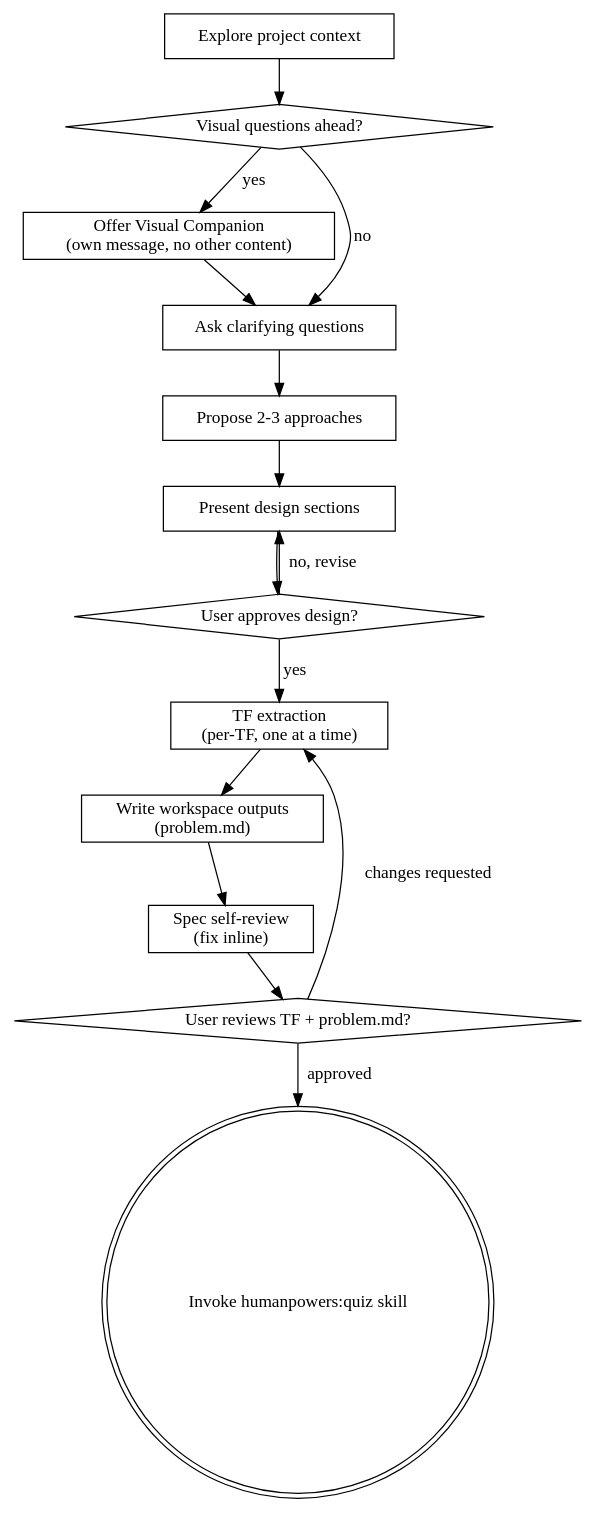
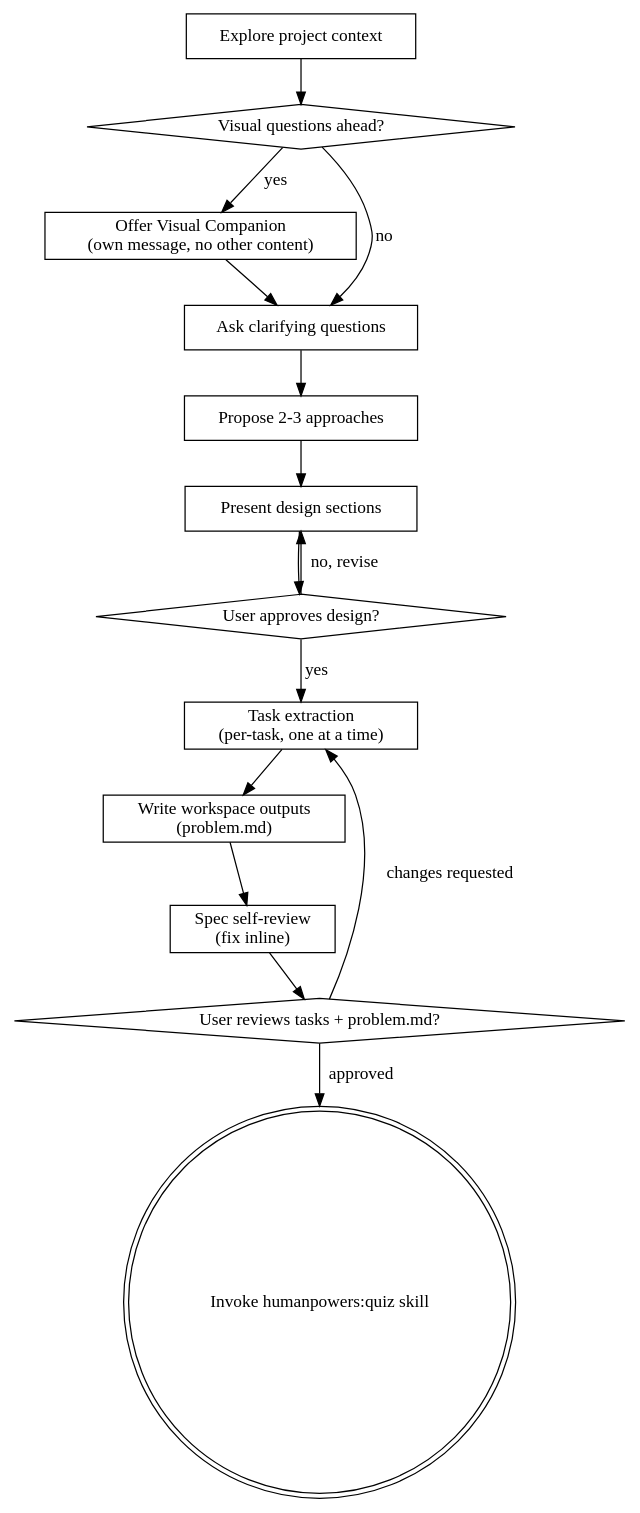
Before and after one commit to yoonjong12/humanpowers: the diagram in skills/brainstorming/SKILL.md, drawn with Graphviz. The commit also changed other lines of this file, not shown here.

Commit message:
brainstorming: v0.3 vocab + Project invariants in problem.md, drop views/shelves refs

````diff
--- a/skills/brainstorming/SKILL.md
+++ b/skills/brainstorming/SKILL.md
@@ -65,31 +65,31 @@
 ```dot
 digraph brainstorming {
     "Explore project context" [shape=box];
     "Visual questions ahead?" [shape=diamond];
     "Offer Visual Companion\n(own message, no other content)" [shape=box];
     "Ask clarifying questions" [shape=box];
     "Propose 2-3 approaches" [shape=box];
     "Present design sections" [shape=box];
     "User approves design?" [shape=diamond];
-    "TF extraction\n(per-TF, one at a time)" [shape=box];
+    "Task extraction\n(per-task, one at a time)" [shape=box];
     "Write workspace outputs\n(problem.md)" [shape=box];
     "Spec self-review\n(fix inline)" [shape=box];
-    "User reviews TF + problem.md?" [shape=diamond];
+    "User reviews tasks + problem.md?" [shape=diamond];
     "Invoke humanpowers:quiz skill" [shape=doublecircle];
 
     "Explore project context" -> "Visual questions ahead?";
     "Visual questions ahead?" -> "Offer Visual Companion\n(own message, no other content)" [label="yes"];
     "Visual questions ahead?" -> "Ask clarifying questions" [label="no"];
     "Offer Visual Companion\n(own message, no other content)" -> "Ask clarifying questions";
     "Ask clarifying questions" -> "Propose 2-3 approaches";
     "Propose 2-3 approaches" -> "Present design sections";
     "Present design sections" -> "User approves design?";
     "User approves design?" -> "Present design sections" [label="no, revise"];
-    "User approves design?" -> "TF extraction\n(per-TF, one at a time)" [label="yes"];
-    "TF extraction\n(per-TF, one at a time)" -> "Write workspace outputs\n(problem.md)";
+    "User approves design?" -> "Task extraction\n(per-task, one at a time)" [label="yes"];
+    "Task extraction\n(per-task, one at a time)" -> "Write workspace outputs\n(problem.md)";
     "Write workspace outputs\n(problem.md)" -> "Spec self-review\n(fix inline)";
-    "Spec self-review\n(fix inline)" -> "User reviews TF + problem.md?";
-    "User reviews TF + problem.md?" -> "TF extraction\n(per-TF, one at a time)" [label="changes requested"];
-    "User reviews TF + problem.md?" -> "Invoke humanpowers:quiz skill" [label="approved"];
+    "Spec self-review\n(fix inline)" -> "User reviews tasks + problem.md?";
+    "User reviews tasks + problem.md?" -> "Task extraction\n(per-task, one at a time)" [label="changes requested"];
+    "User reviews tasks + problem.md?" -> "Invoke humanpowers:quiz skill" [label="approved"];
 }
 ```
````
